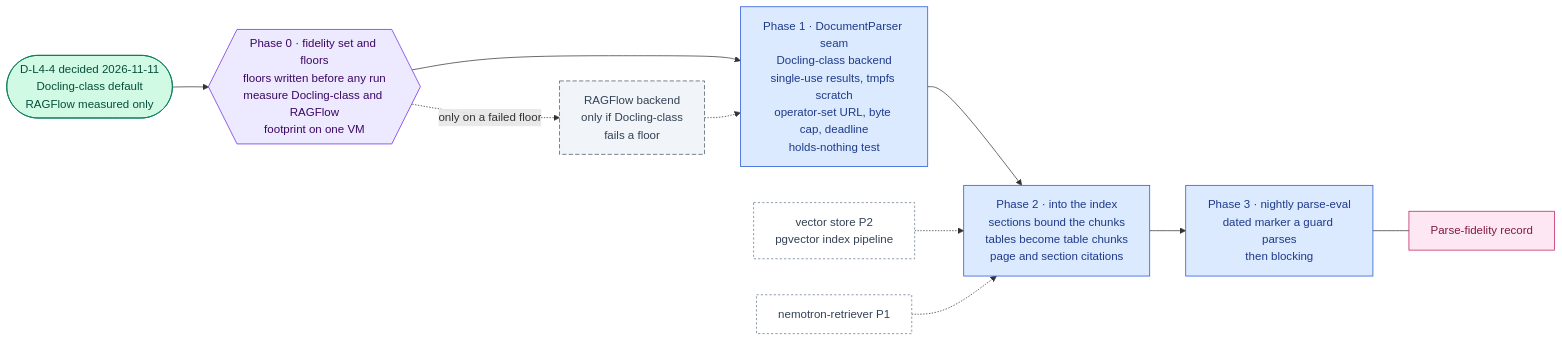
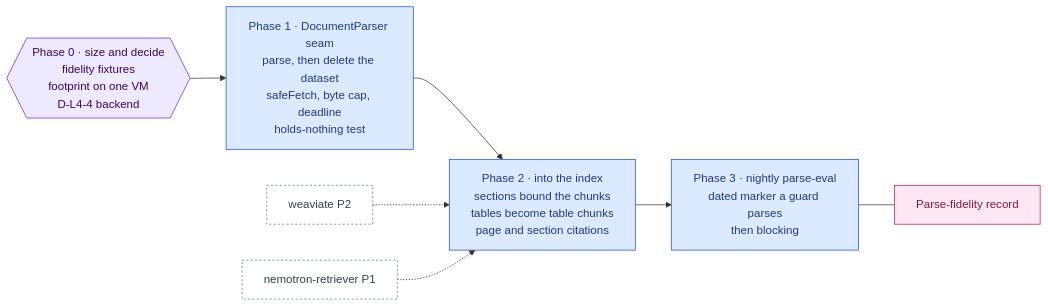
Before and after one commit to RodnaPamet/inflect-compliance: the diagram in docs/ai-architecture/ragflow.md, drawn with Mermaid. The commit also changed other lines of this file and 9 other files, not shown here.

First line of the commit message:
feat(ai): DocumentParser seam with a Docling client and a paragraph stub

````diff
--- a/docs/ai-architecture/ragflow.md
+++ b/docs/ai-architecture/ragflow.md
@@ -39,26 +29,21 @@
 ```mermaid
 flowchart LR
-  D0(["D-L4-4 decided 2026-11-11<br/>Docling-class default<br/>RAGFlow measured only"]):::done
-  P0{{"Phase 0 · fidelity set and floors<br/>floors written before any run<br/>measure Docling-class and RAGFlow<br/>footprint on one VM"}}:::gate
-  P1["Phase 1 · DocumentParser seam<br/>Docling-class backend<br/>single-use results, tmpfs scratch<br/>operator-set URL, byte cap, deadline<br/>holds-nothing test"]:::todo
+  P0{{"Phase 0 · size and decide<br/>fidelity fixtures<br/>footprint on one VM<br/>D-L4-4 backend"}}:::gate
+  P1["Phase 1 · DocumentParser seam<br/>parse, then delete the dataset<br/>safeFetch, byte cap, deadline<br/>holds-nothing test"]:::todo
   P2["Phase 2 · into the index<br/>sections bound the chunks<br/>tables become table chunks<br/>page and section citations"]:::todo
   P3["Phase 3 · nightly parse-eval<br/>dated marker a guard parses<br/>then blocking"]:::todo
-  RF["RAGFlow backend<br/>only if Docling-class<br/>fails a floor"]:::optional
-  WV["vector store P2<br/>pgvector index pipeline"]:::ext
+  WV["weaviate P2"]:::ext
   RT["nemotron-retriever P1"]:::ext
   REC["Parse-fidelity record"]:::eval
-  D0 --> P0 --> P1 --> P2 --> P3
-  P0 -.->|only on a failed floor| RF
-  RF -.-> P1
+  P0 --> P1 --> P2 --> P3
   WV -.-> P2
   RT -.-> P2
   P3 --- REC
 
   classDef done fill:#d1fae5,stroke:#047857,color:#064e3b
   classDef todo fill:#dbeafe,stroke:#1d4ed8,color:#1e3a8a
   classDef gate fill:#ede9fe,stroke:#6d28d9,color:#3b0764
   classDef ext fill:#ffffff,stroke:#64748b,color:#334155,stroke-dasharray:3 3
   classDef eval fill:#fce7f3,stroke:#be185d,color:#831843
   classDef declined fill:#f3f4f6,stroke:#6b7280,color:#374151,stroke-dasharray:4 3
-  classDef optional fill:#f1f5f9,stroke:#475569,color:#334155,stroke-dasharray:6 3
 ```
````
